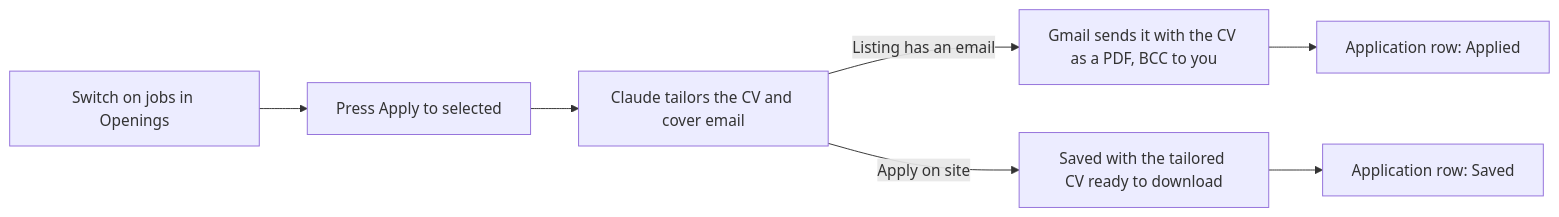
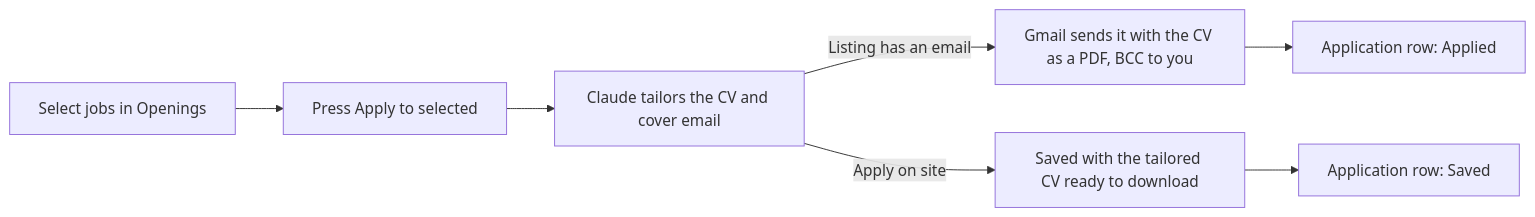
Before and after one commit to jmdmacapagal/job-finder: the diagram in docs/applying.md, drawn with Mermaid. The commit also changed other lines of this file and 5 other files, not shown here.

First line of the commit message:
Use a checkbox to select openings

````diff
--- a/docs/applying.md
+++ b/docs/applying.md
@@ -7,9 +7,9 @@
 ```mermaid
 flowchart LR
-  T[Switch on jobs in Openings] --> B[Press Apply to selected]
+  T[Select jobs in Openings] --> B[Press Apply to selected]
   B --> C[Claude tailors the CV and cover email]
   C -->|Listing has an email| G[Gmail sends it with the CV as a PDF, BCC to you]
   C -->|Apply on site| S[Saved with the tailored CV ready to download]
   G --> A[Application row: Applied]
   S --> A2[Application row: Saved]
 ```
````
